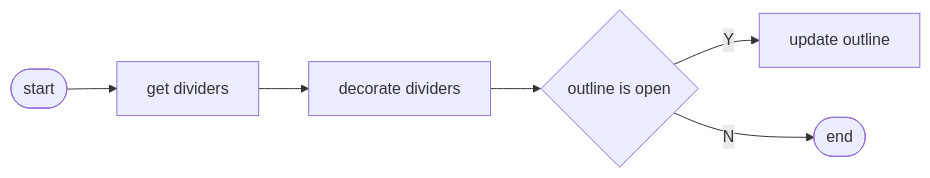
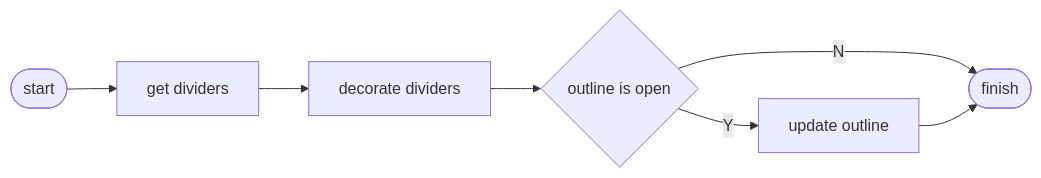
One commit to niuiic/divider.nvim changed the eighth of 8 diagrams in DESIGN.md. Above: the diagram before and after it, drawn with Mermaid. The commit also changed other lines of this file and 2 other files, not shown here.

````diff
--- a/DESIGN.md
+++ b/DESIGN.md
@@ -238,17 +200,16 @@
 ```mermaid
 flowchart LR
-    begin([start]) --> n1
+    start([start]) --> n1
 
     n1[get dividers] --> n2
 
     n2[decorate dividers] --> n3
 
     n3{outline is open}
     n3 --Y--> n4
     n3 --N--> finish
 
-    %% TODO: keep fold state
-    n4[update outline]
+    n4[update outline] --> finish
 
-    finish([end])
+    finish([finish])
 ```
````
